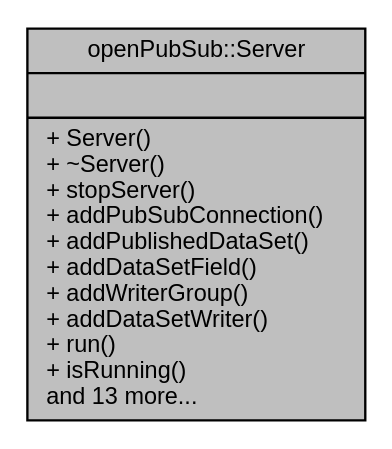
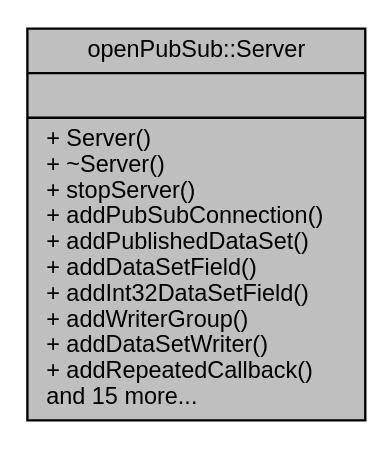
Before and after one commit to makreft/openPubSub: the diagram in classopenPubSub_1_1Server__coll__graph.dot, drawn with Graphviz. The commit also changed 24 other files, not shown here.

```diff
--- a/classopenPubSub_1_1Server__coll__graph.dot
+++ b/classopenPubSub_1_1Server__coll__graph.dot
@@ -1,7 +1,7 @@
 digraph "openPubSub::Server"
 {
  // LATEX_PDF_SIZE
   edge [fontname="Helvetica",fontsize="10",labelfontname="Helvetica",labelfontsize="10"];
   node [fontname="Helvetica",fontsize="10",shape=record];
-  Node1 [label="{openPubSub::Server\n||+ Server()\l+ ~Server()\l+ stopServer()\l+ addPubSubConnection()\l+ addPublishedDataSet()\l+ addDataSetField()\l+ addWriterGroup()\l+ addDataSetWriter()\l+ run()\l+ isRunning()\land 13 more...\l}",height=0.2,width=0.4,color="black", fillcolor="grey75", style="filled", fontcolor="black",tooltip=" "];
+  Node1 [label="{openPubSub::Server\n||+ Server()\l+ ~Server()\l+ stopServer()\l+ addPubSubConnection()\l+ addPublishedDataSet()\l+ addDataSetField()\l+ addInt32DataSetField()\l+ addWriterGroup()\l+ addDataSetWriter()\l+ addRepeatedCallback()\land 15 more...\l}",height=0.2,width=0.4,color="black", fillcolor="grey75", style="filled", fontcolor="black",tooltip=" "];
 }
```
